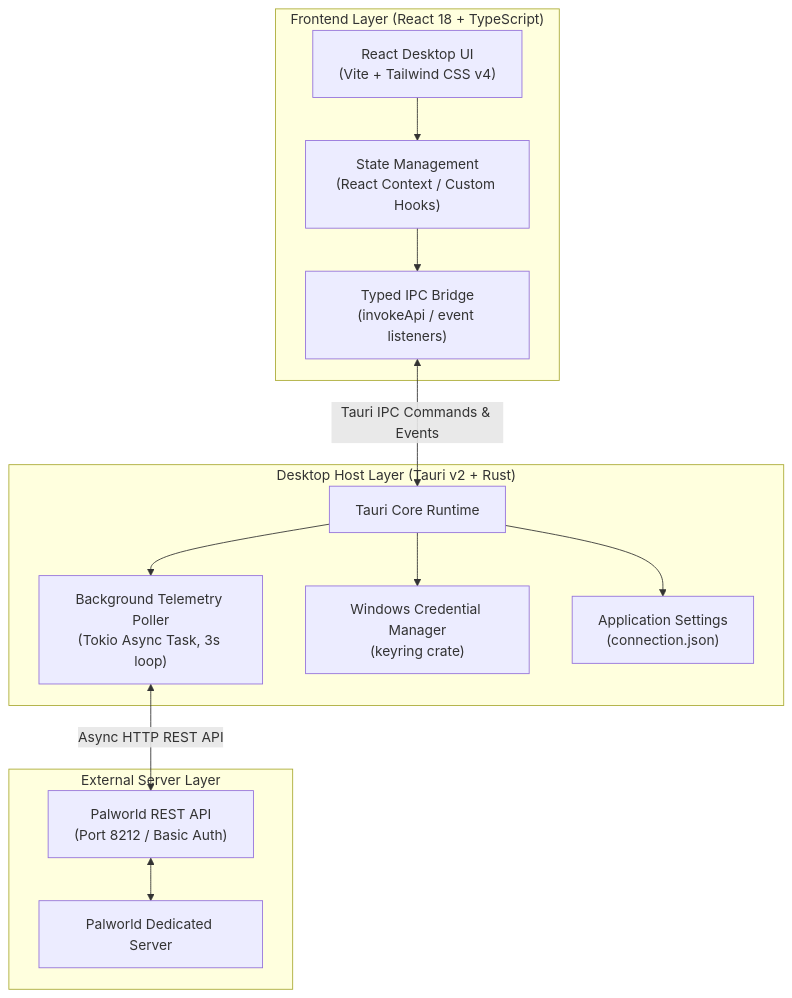
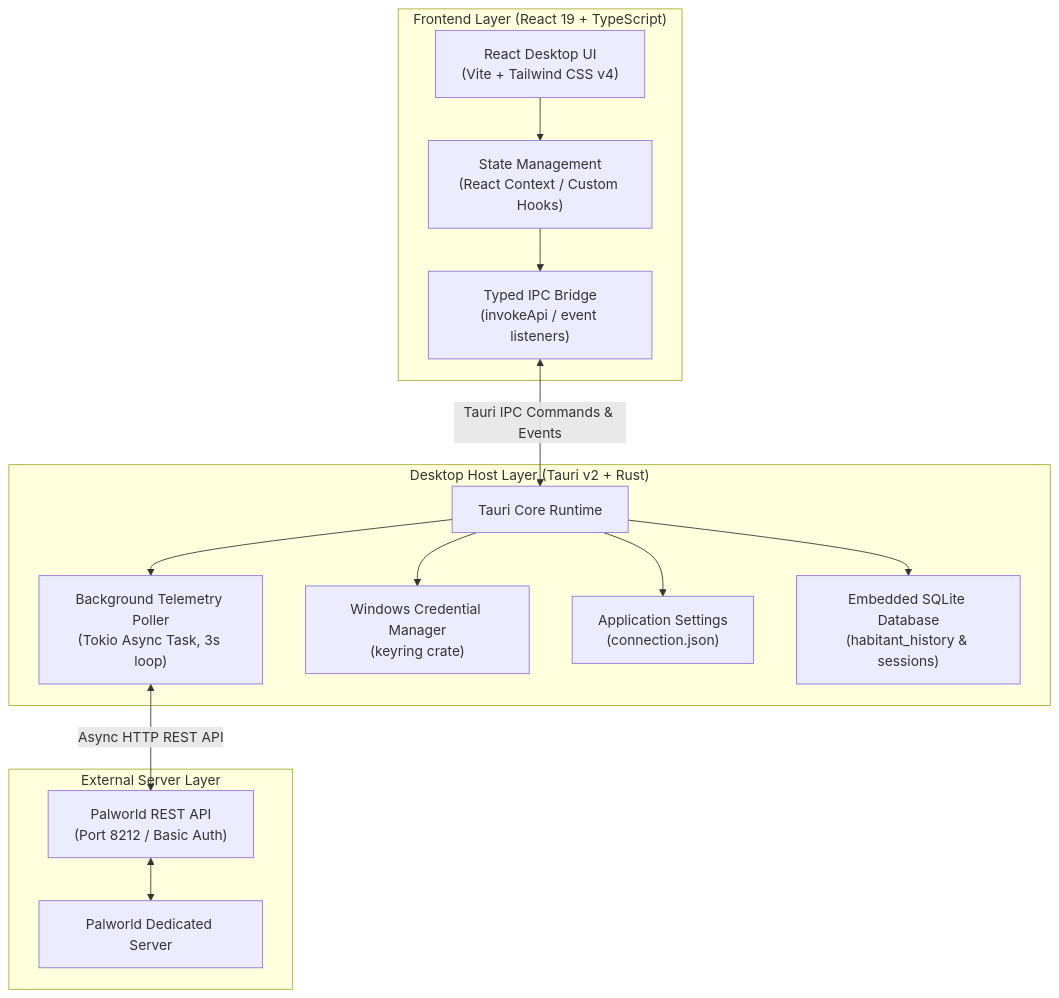
The first of 2 diagrams in docs/ARCHITECTURE.md (jurbanek756/PalworldServerManager), drawn with Mermaid before and after one commit. The commit also changed other lines of this file and 8 other files, not shown here.

````diff
--- a/docs/ARCHITECTURE.md
+++ b/docs/ARCHITECTURE.md
@@ -9,29 +9,31 @@
 ```mermaid
 graph TB
-    subgraph "Frontend Layer (React 18 + TypeScript)"
+    subgraph "Frontend Layer (React 19 + TypeScript)"
         UI["React Desktop UI\n(Vite + Tailwind CSS v4)"]
         State["State Management\n(React Context / Custom Hooks)"]
         IPC_Client["Typed IPC Bridge\n(invokeApi / event listeners)"]
     end
 
     subgraph "Desktop Host Layer (Tauri v2 + Rust)"
         TauriCore["Tauri Core Runtime"]
         Poller["Background Telemetry Poller\n(Tokio Async Task, 3s loop)"]
         SecStore["Windows Credential Manager\n(keyring crate)"]
         LocalConf["Application Settings\n(connection.json)"]
+        SQLiteDB["Embedded SQLite Database\n(habitant_history & sessions)"]
     end
 
     subgraph "External Server Layer"
         PalServer["Palworld Dedicated Server"]
         RestAPI["Palworld REST API\n(Port 8212 / Basic Auth)"]
     end
 
     UI --> State
     State --> IPC_Client
     IPC_Client <-->|Tauri IPC Commands & Events| TauriCore
     TauriCore --> Poller
     TauriCore --> SecStore
     TauriCore --> LocalConf
+    TauriCore --> SQLiteDB
     Poller <-->|Async HTTP REST API| RestAPI
     RestAPI <--> PalServer
 ```
````
